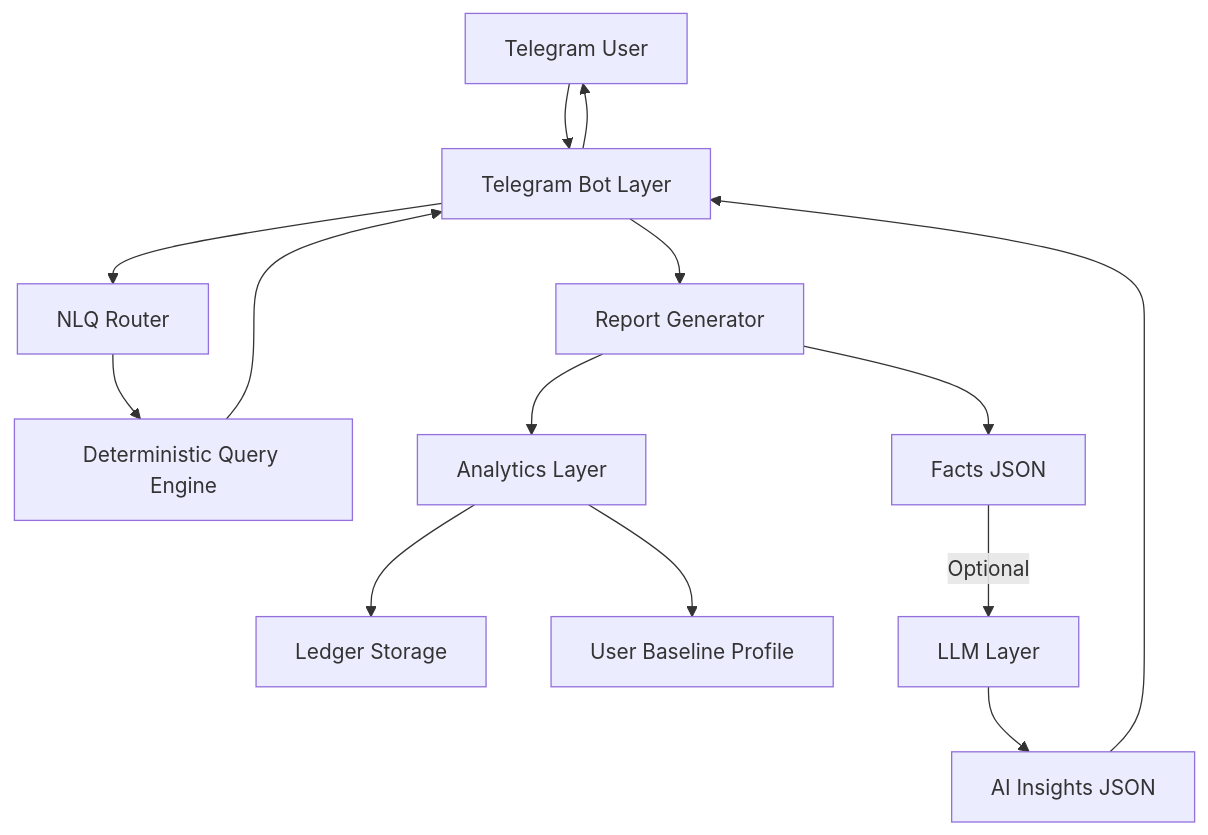
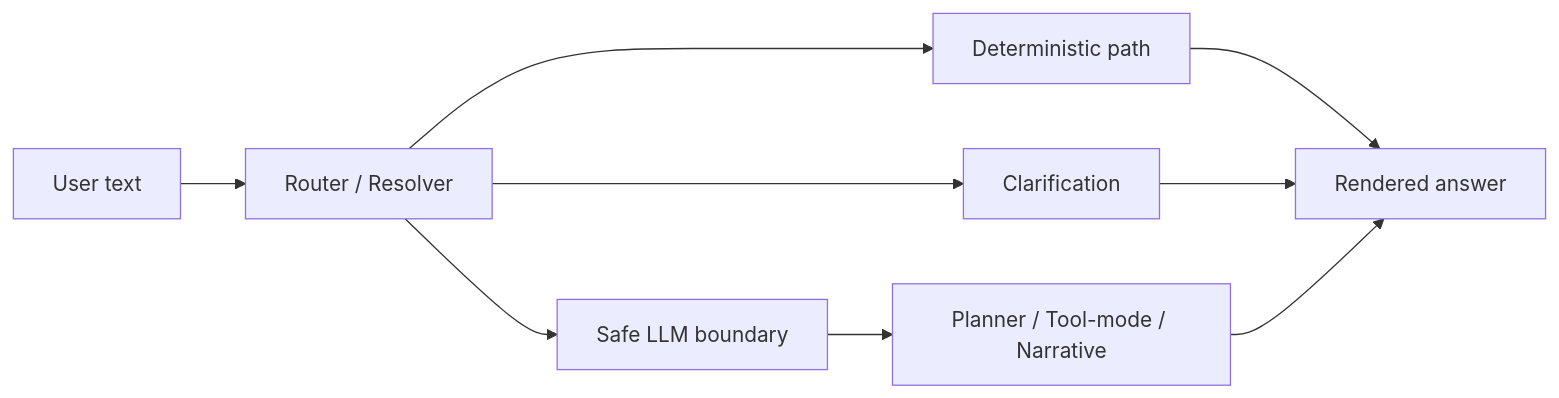
The first of 4 diagrams in README.md (nagornyydmytro/mono-ai-budget-bot), drawn with Mermaid before and after one commit. The commit also changed other lines of this file, not shown here.

````diff
--- a/README.md
+++ b/README.md
@@ -95,25 +377,11 @@
 ```mermaid
-flowchart TD
-
-User[Telegram User] --> Bot[Telegram Bot Layer]
-
-Bot --> Router[NLQ Router]
-Router --> Engine[Deterministic Query Engine]
-
-Bot --> Reports[Report Generator]
-Reports --> Analytics[Analytics Layer]
-
-Analytics --> Ledger[Ledger Storage]
-Analytics --> Profiles[User Baseline Profile]
-
-Reports --> Facts[Facts JSON]
-
-Facts -->|Optional| LLM[LLM Layer]
-
-LLM --> Insights[AI Insights JSON]
-
-Insights --> Bot
-Engine --> Bot
-
-Bot --> User
+flowchart LR
+    U[User text] --> R[Router / Resolver]
+    R --> D[Deterministic path]
+    R --> C[Clarification]
+    R --> S[Safe LLM boundary]
+    D --> O[Rendered answer]
+    C --> O
+    S --> T[Planner / Tool-mode / Narrative]
+    T --> O
 ```
````
